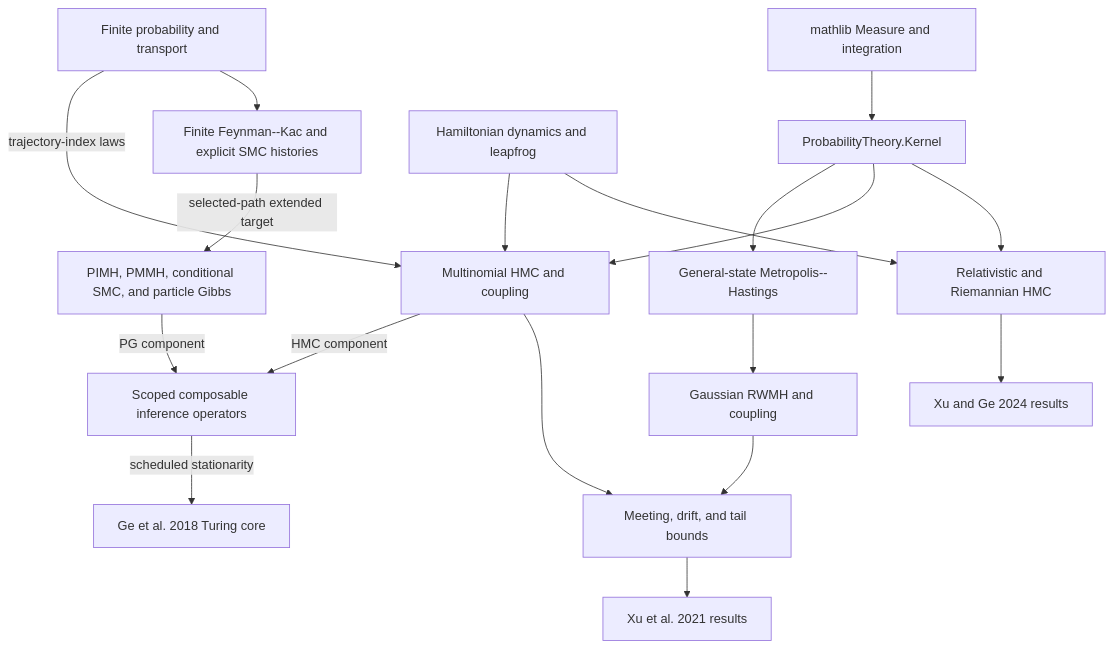
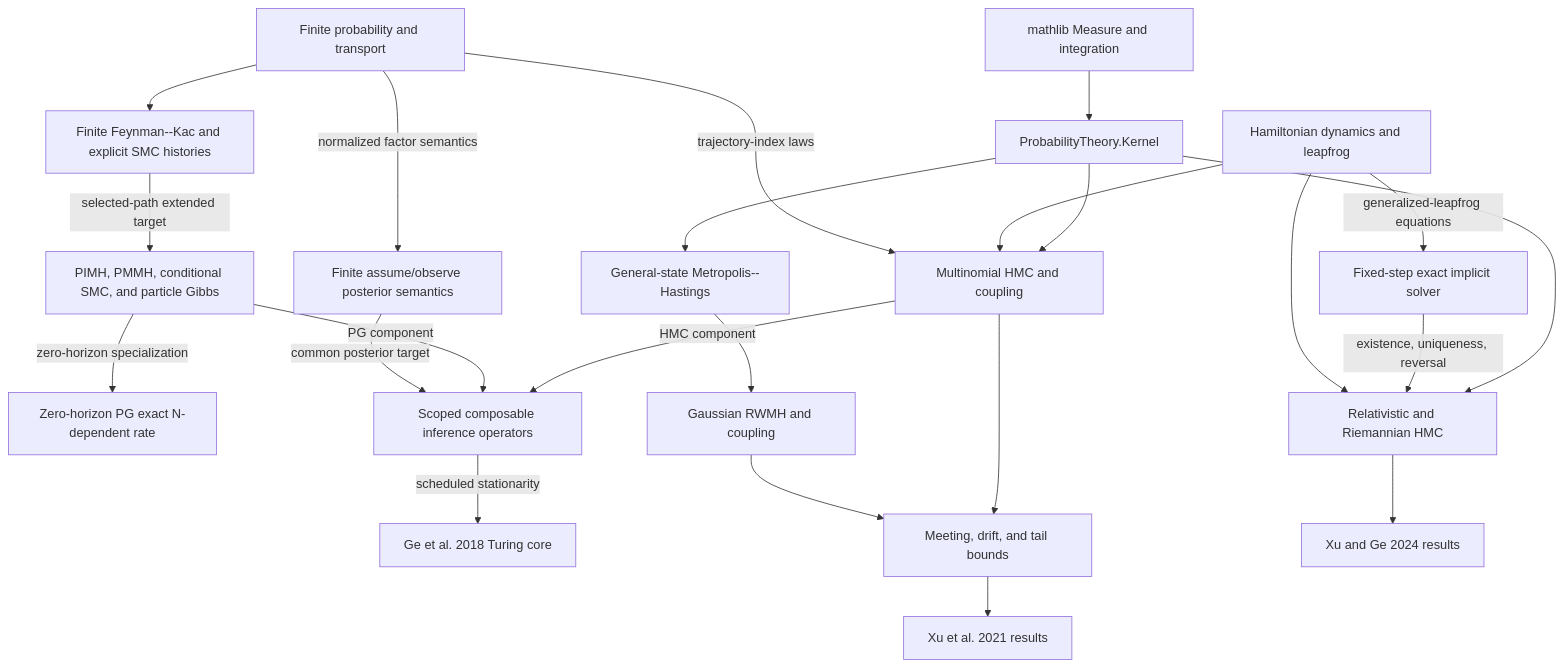
The first of 2 diagrams in docs/generated/architecture-graphs.md (xukai92/mcmc-lean), drawn with Mermaid before and after one commit. The commit also changed 15 other files, not shown here.

Commit message:
Add quantitative PG and fixed-step implicit solver

````diff
--- a/docs/generated/architecture-graphs.md
+++ b/docs/generated/architecture-graphs.md
@@ -9,35 +9,43 @@
 ```mermaid
 flowchart TB
   measure["mathlib Measure and integration"]
   kernel["ProbabilityTheory.Kernel"]
   finite["Finite probability and transport"]
   smc["Finite Feynman--Kac and explicit SMC histories"]
   pmcmc["PIMH, PMMH, conditional SMC, and particle Gibbs"]
+  pgRate["Zero-horizon PG exact N-dependent rate"]
+  trace["Finite assume/observe posterior semantics"]
   composable["Scoped composable inference operators"]
   ge18["Ge et al. 2018 Turing core"]
   mh["General-state Metropolis--Hastings"]
   rwmh["Gaussian RWMH and coupling"]
   dynamics["Hamiltonian dynamics and leapfrog"]
+  implicit["Fixed-step exact implicit solver"]
   hmc["Multinomial HMC and coupling"]
   meeting["Meeting, drift, and tail bounds"]
   xu21["Xu et al. 2021 results"]
   relativistic["Relativistic and Riemannian HMC"]
   xu24["Xu and Ge 2024 results"]
   measure --> kernel
   kernel --> mh
   finite -->|trajectory-index laws| hmc
   finite --> smc
   smc -->|selected-path extended target| pmcmc
+  pmcmc -->|zero-horizon specialization| pgRate
+  finite -->|normalized factor semantics| trace
+  trace -->|common posterior target| composable
   pmcmc -->|PG component| composable
   mh --> rwmh
   dynamics --> hmc
   kernel --> hmc
   hmc -->|HMC component| composable
   composable -->|scheduled stationarity| ge18
   rwmh --> meeting
   hmc --> meeting
   meeting --> xu21
   dynamics --> relativistic
+  dynamics -->|generalized-leapfrog equations| implicit
+  implicit -->|existence, uniqueness, reversal| relativistic
   kernel --> relativistic
   relativistic --> xu24
 ```
````
